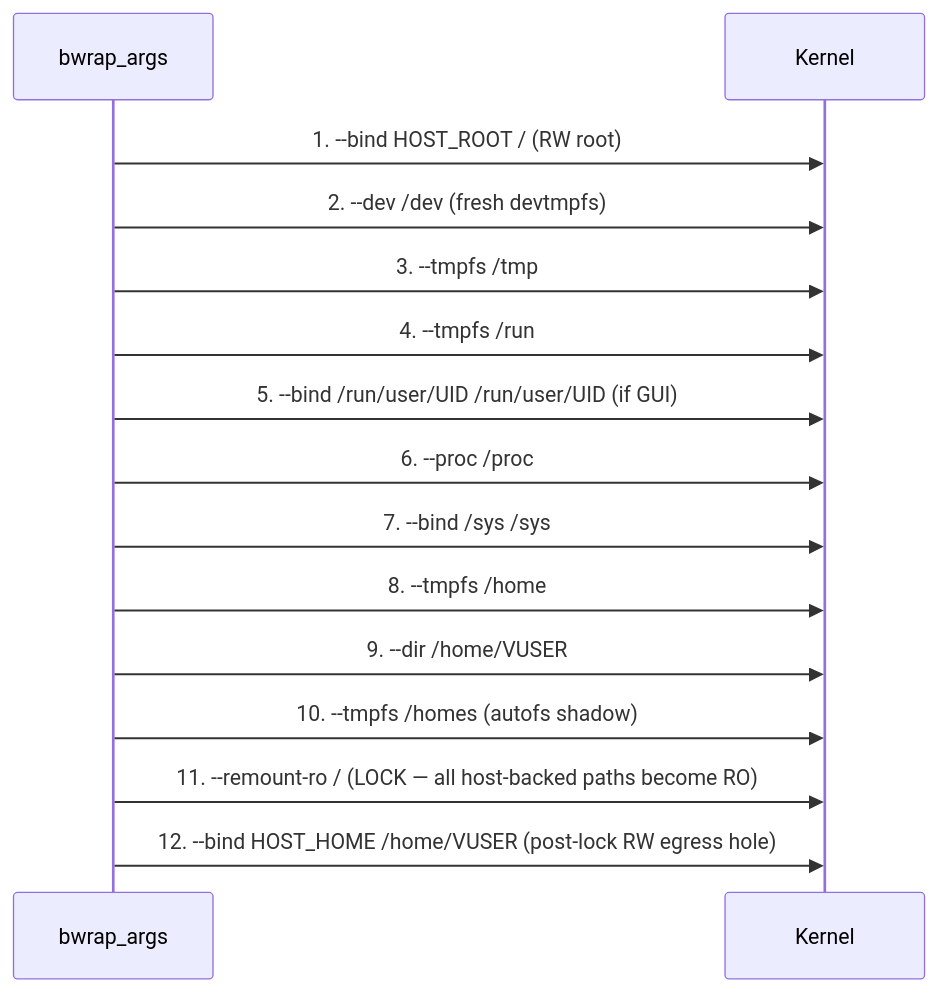
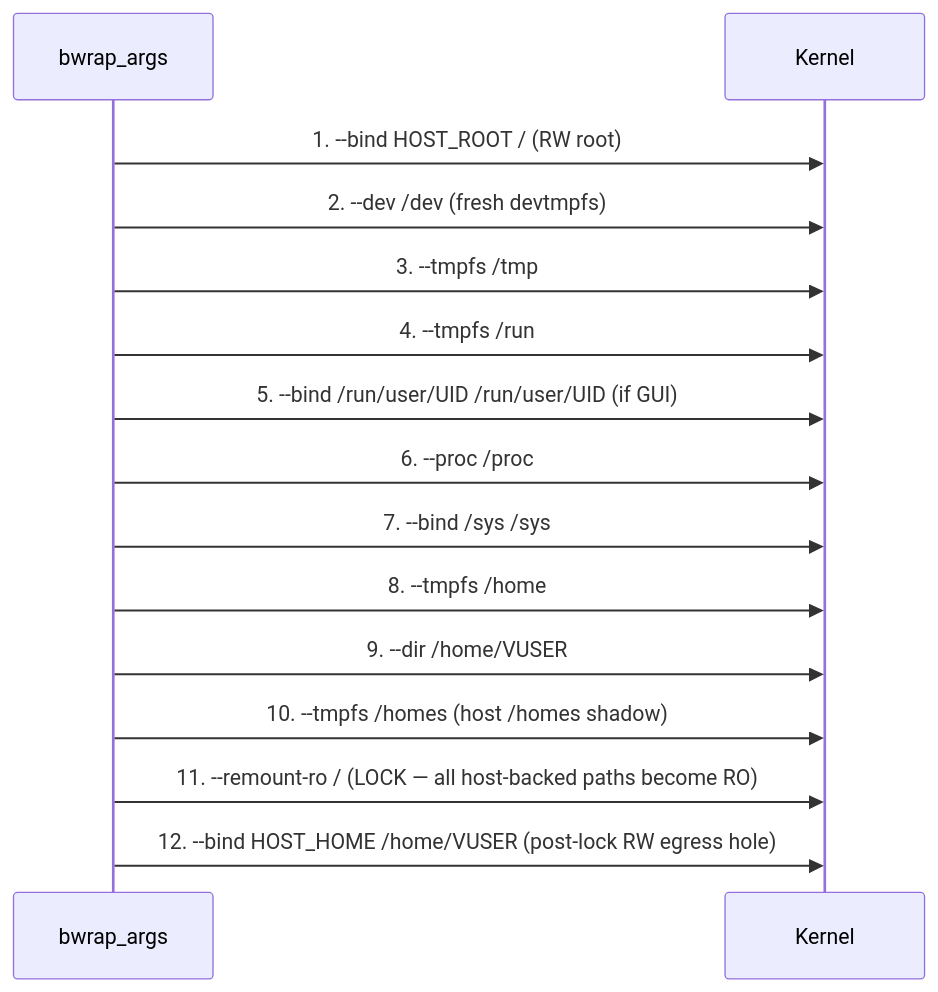
Before and after one commit to hanasaki/hanaden-bwrap-enhanced: the second of 3 diagrams in PROJECT_HOME/docs/architecture-design-features-specs/BwrapEnhanced2026.strat/UncontainedAgentExecution.driv/NamespaceIsolatedSandbox.moti/SandboxExecEngine.arch/20260816-182145-SandboxExecEngine.arch-0.0.1.md, drawn with Mermaid. The commit also changed other lines of this file and 63 other files, not shown here.

````diff
--- a/PROJECT_HOME/docs/architecture-design-features-specs/BwrapEnhanced2026.strat/UncontainedAgentExecution.driv/NamespaceIsolatedSandbox.moti/SandboxExecEngine.arch/20260816-182145-SandboxExecEngine.arch-0.0.1.md
+++ b/PROJECT_HOME/docs/architecture-design-features-specs/BwrapEnhanced2026.strat/UncontainedAgentExecution.driv/NamespaceIsolatedSandbox.moti/SandboxExecEngine.arch/20260816-182145-SandboxExecEngine.arch-0.0.1.md
@@ -49,18 +49,18 @@
 ```mermaid
 sequenceDiagram
     participant BA as bwrap_args
     participant K as Kernel
 
     BA->>K: 1. --bind HOST_ROOT / (RW root)
     BA->>K: 2. --dev /dev (fresh devtmpfs)
     BA->>K: 3. --tmpfs /tmp
     BA->>K: 4. --tmpfs /run
     BA->>K: 5. --bind /run/user/UID /run/user/UID (if GUI)
     BA->>K: 6. --proc /proc
     BA->>K: 7. --bind /sys /sys
     BA->>K: 8. --tmpfs /home
     BA->>K: 9. --dir /home/VUSER
-    BA->>K: 10. --tmpfs /homes (autofs shadow)
+    BA->>K: 10. --tmpfs /homes (host /homes shadow)
     BA->>K: 11. --remount-ro / (LOCK — all host-backed paths become RO)
     BA->>K: 12. --bind HOST_HOME /home/VUSER (post-lock RW egress hole)
 ```
````
